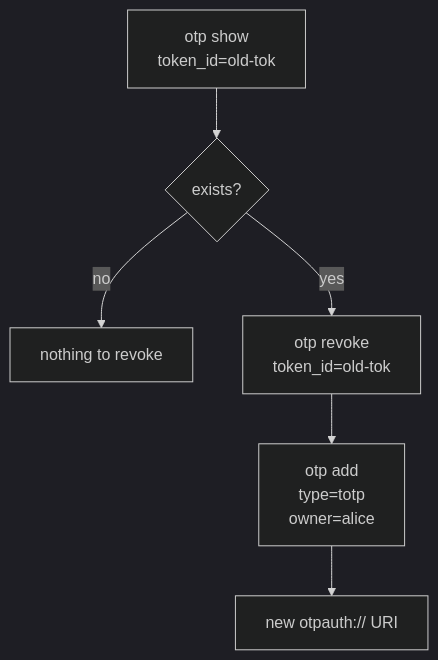
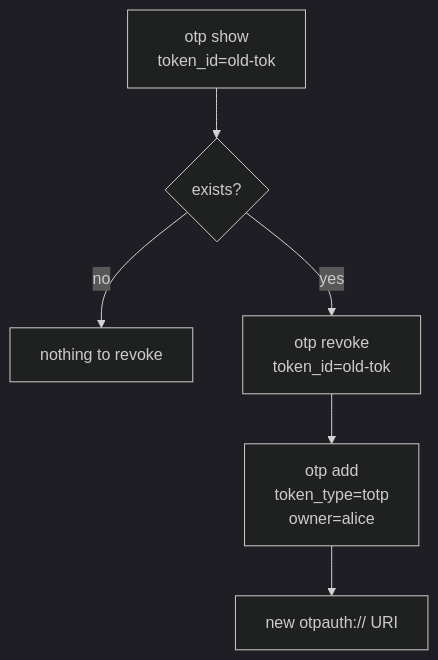
One commit to gprocunier/eigenstate-ipa changed the fourth of 10 diagrams in docs/otp-capabilities.md. Above: the diagram before and after it, drawn with Mermaid (dark theme). The commit also changed other lines of this file and 14 other files, not shown here.

````diff
--- a/docs/otp-capabilities.md
+++ b/docs/otp-capabilities.md
@@ -136,8 +136,8 @@
 ```mermaid
 flowchart TD
     show["otp show\ntoken_id=old-tok"] --> exists{"exists?"}
     exists -->|no| skip["nothing to revoke"]
     exists -->|yes| revoke["otp revoke\ntoken_id=old-tok"]
-    revoke --> add["otp add\ntype=totp\nowner=alice"]
+    revoke --> add["otp add\ntoken_type=totp\nowner=alice"]
     add --> new_uri["new otpauth:// URI"]
 ```
````
